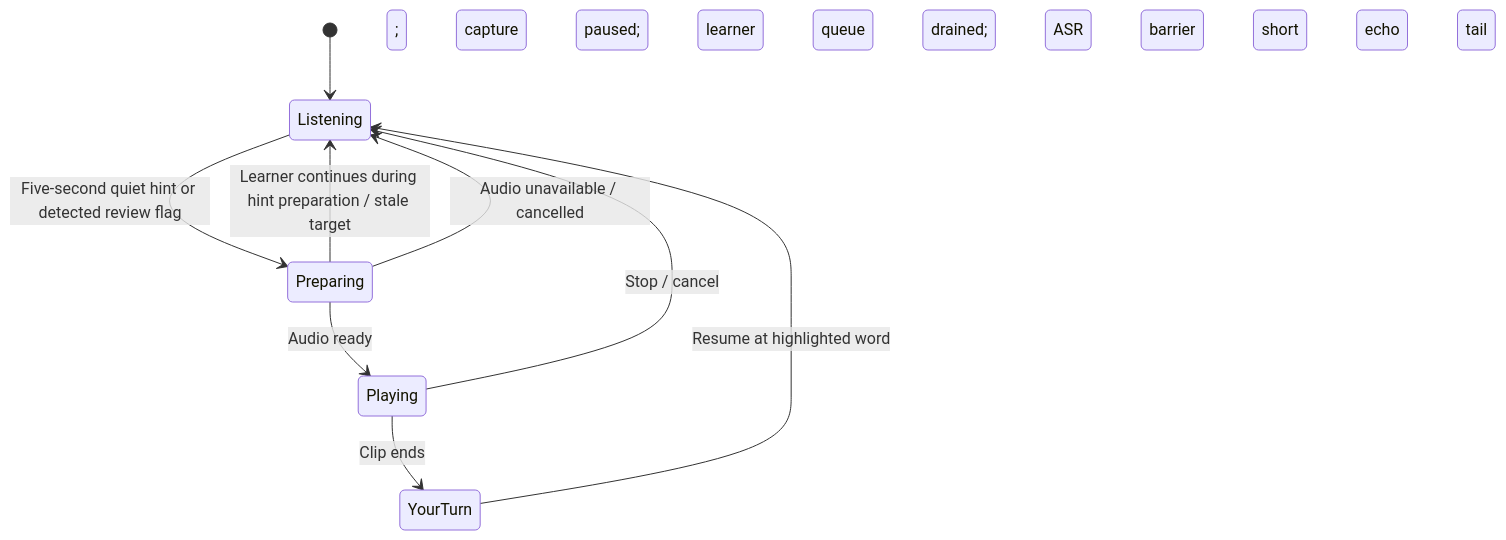
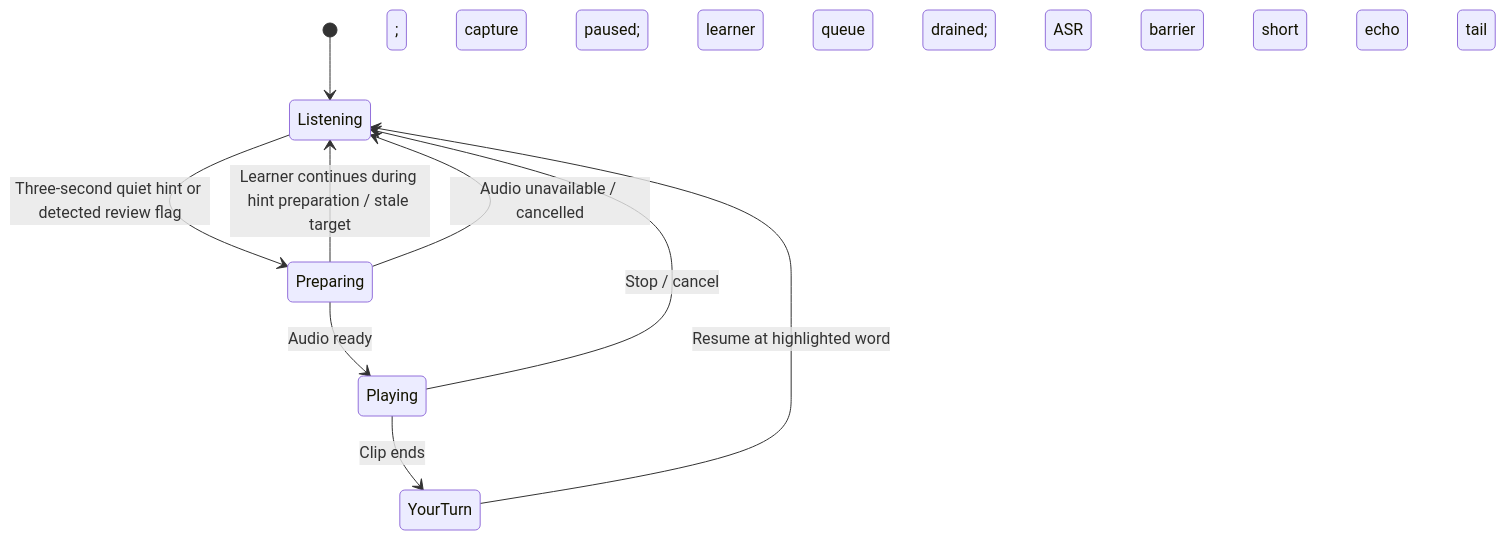
Before and after one commit to gufranmohammed48-git/HafizAssist: the diagram in docs/TEACHER-MODE.md, drawn with Mermaid. The commit also changed other lines of this file and 20 other files, not shown here.

````diff
--- a/docs/TEACHER-MODE.md
+++ b/docs/TEACHER-MODE.md
@@ -57,11 +83,11 @@
 ```mermaid
 stateDiagram-v2
   [*] --> Listening
-  Listening --> Preparing: Five-second quiet hint or detected review flag
+  Listening --> Preparing: Three-second quiet hint or detected review flag
   Preparing --> Listening: Learner continues during hint preparation / stale target
   Preparing --> Playing: Audio ready; capture paused; learner queue drained; ASR barrier
   Preparing --> Listening: Audio unavailable / cancelled
   Playing --> YourTurn: Clip ends; short echo tail
   Playing --> Listening: Stop / cancel
   YourTurn --> Listening: Resume at highlighted word
 ```
````
